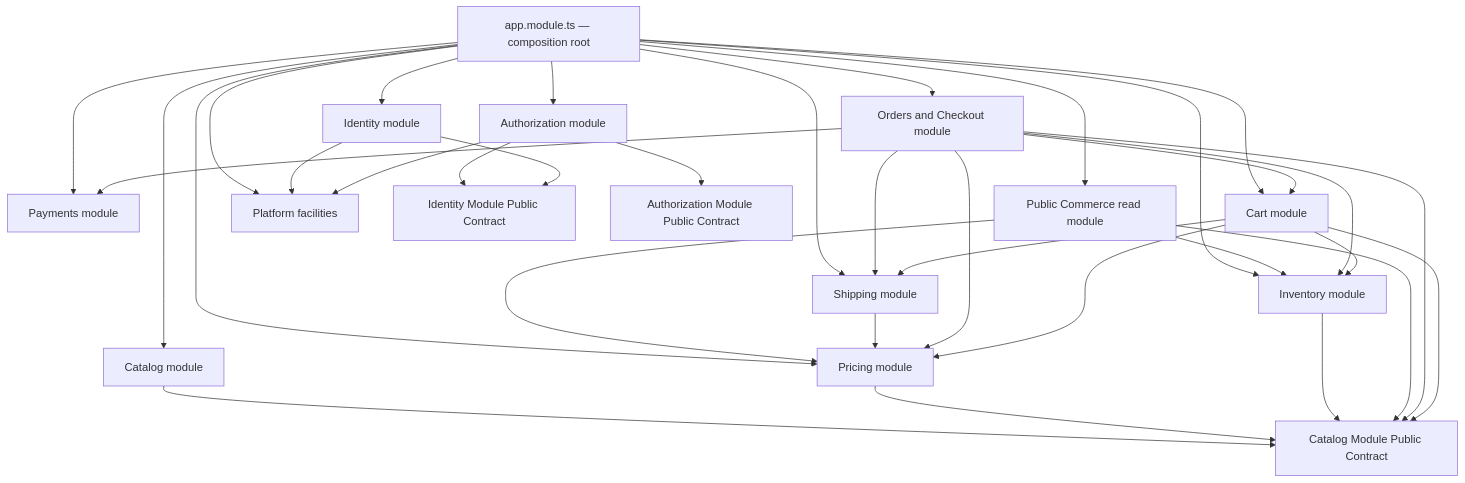
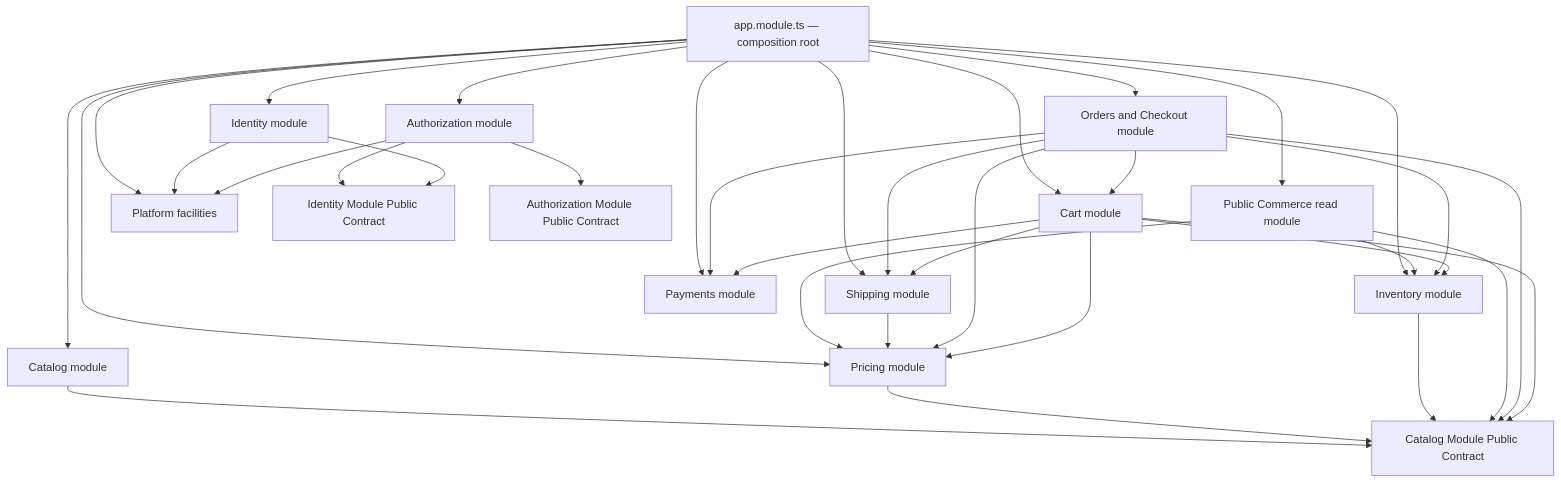
The first of 2 diagrams in docs/architecture/module-map.md (alireza-constantin/better-commerce), drawn with Mermaid before and after one commit. The commit also changed 15 other files, not shown here.

````diff
--- a/docs/architecture/module-map.md
+++ b/docs/architecture/module-map.md
@@ -90,52 +90,53 @@
 ```mermaid
 flowchart TD
     Composition["app.module.ts — composition root"]
     Identity["Identity module"]
     Authorization["Authorization module"]
     Catalog["Catalog module"]
     Pricing["Pricing module"]
     Inventory["Inventory module"]
     Shipping["Shipping module"]
     Payments["Payments module"]
     Cart["Cart module"]
     Orders["Orders and Checkout module"]
     PublicCommerce["Public Commerce read module"]
     Platform["Platform facilities"]
     IdentityContract["Identity Module Public Contract"]
     AuthorizationContract["Authorization Module Public Contract"]
     CatalogContract["Catalog Module Public Contract"]
 
     Composition --> Identity
     Composition --> Authorization
     Composition --> Catalog
     Composition --> Pricing
     Composition --> Inventory
     Composition --> Shipping
     Composition --> Payments
     Composition --> Cart
     Composition --> Orders
     Composition --> PublicCommerce
     Composition --> Platform
     Authorization --> IdentityContract
     Identity --> Platform
     Authorization --> Platform
     Identity --> IdentityContract
     Authorization --> AuthorizationContract
     Catalog --> CatalogContract
     Pricing --> CatalogContract
     Inventory --> CatalogContract
     PublicCommerce --> CatalogContract
     PublicCommerce --> Pricing
     PublicCommerce --> Inventory
     Shipping --> Pricing
     Orders --> CatalogContract
     Orders --> Pricing
     Orders --> Inventory
     Orders --> Shipping
     Orders --> Payments
     Cart --> CatalogContract
     Cart --> Pricing
     Cart --> Inventory
     Cart --> Shipping
+    Cart --> Payments
     Orders --> Cart
 ```
````
